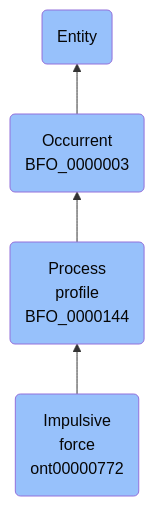
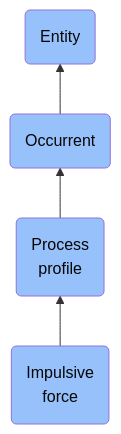
The diagram in docs/ontology/reference/model/Entity/Occurrent/Process profile/Impulsive force/Impulsive force.md (jupyter-naas/abi), drawn with Mermaid before and after one commit. The commit also changed other lines of this file and 1430 other files, not shown here.

````diff
--- a/docs/ontology/reference/model/Entity/Occurrent/Process profile/Impulsive force/Impulsive force.md
+++ b/docs/ontology/reference/model/Entity/Occurrent/Process profile/Impulsive force/Impulsive force.md
@@ -26,11 +26,11 @@
 ```mermaid
 graph BT
-    ont00000772(Impulsive<br>force<br>ont00000772):::BFO-->BFO_0000144
-    BFO_0000144(Process<br>profile<br>BFO_0000144):::BFO-->BFO_0000003
-    BFO_0000003(Occurrent<br>BFO_0000003):::BFO-->BFO_0000001
+    ont00000772(Impulsive<br>force):::BFO-->BFO_0000144
+    BFO_0000144(Process<br>profile):::BFO-->BFO_0000003
+    BFO_0000003(Occurrent):::BFO-->BFO_0000001
     BFO_0000001(Entity):::BFO
     
     classDef BFO fill:#97c1fb,color:#060606
     classDef CCO fill:#e4c51e,color:#060606
     classDef ABI fill:#48DD82,color:#060606
 ```
````
